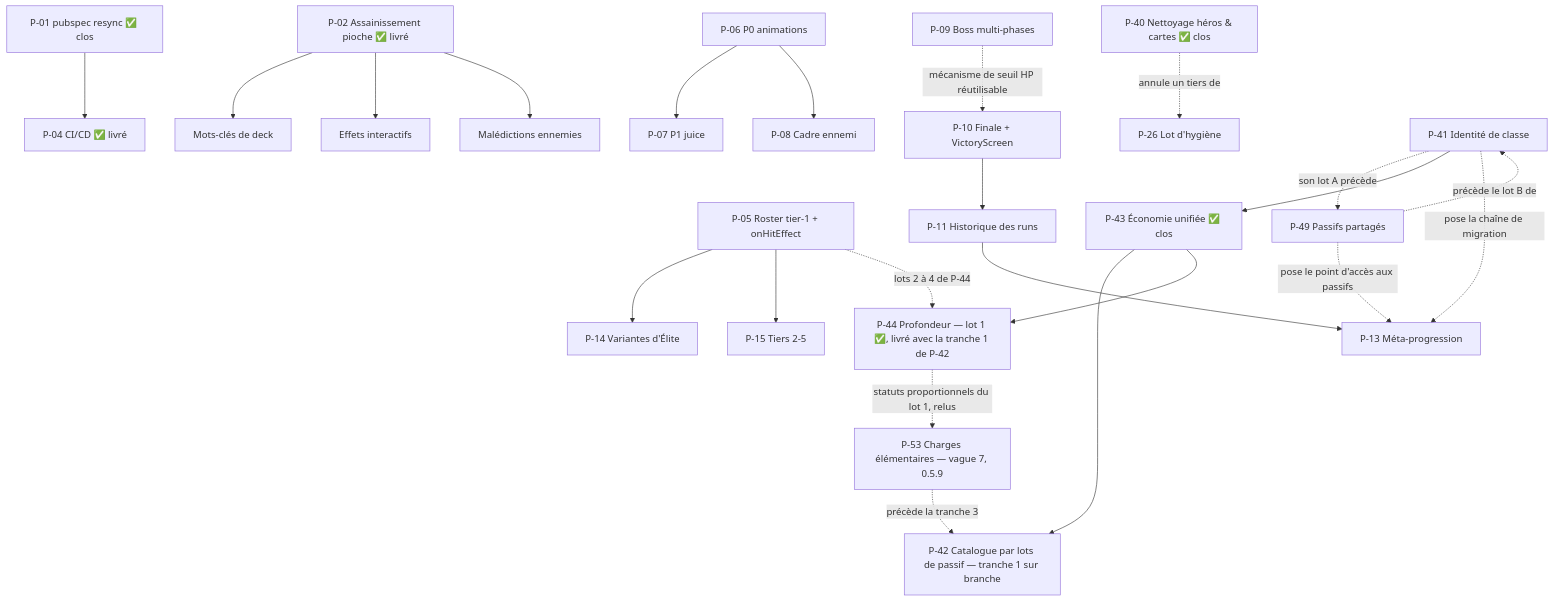
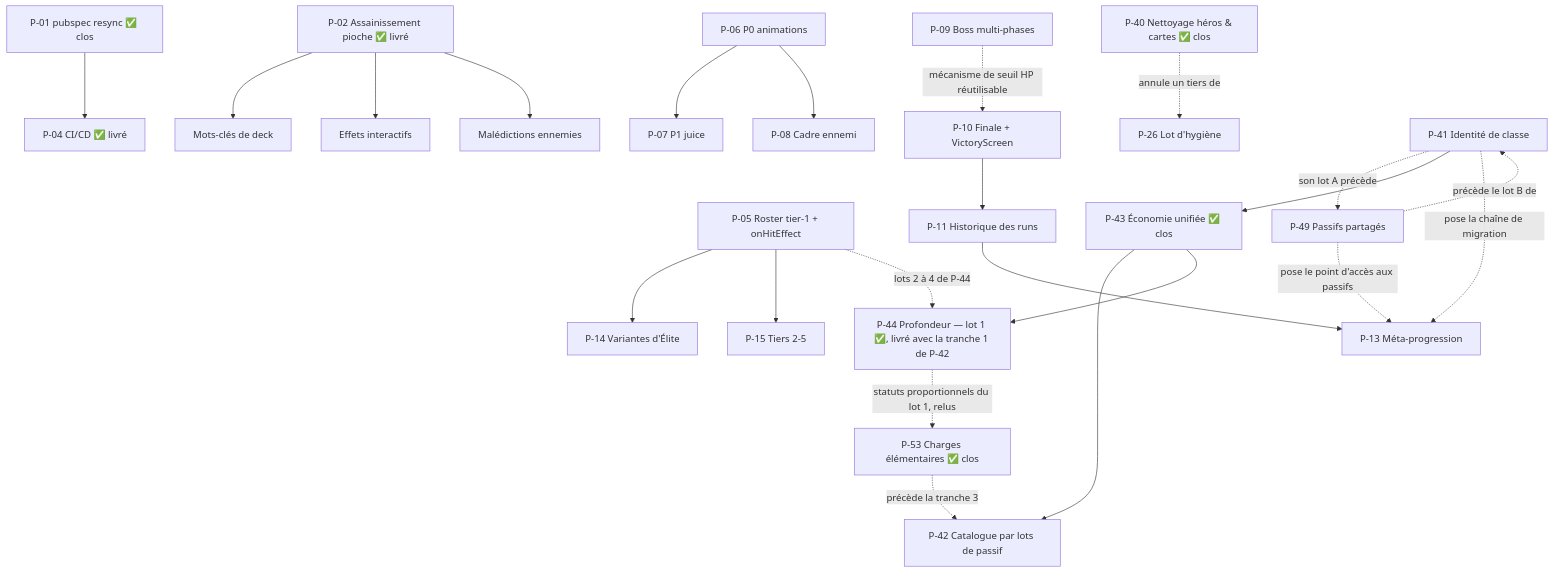
Before and after one commit to Hex-Umbra/hero-s-draft: the second of 3 diagrams in docs/ROADMAP.md, drawn with Mermaid. The commit also changed other lines of this file and 46 other files, not shown here.

Commit message:
docs(memoire): vague 7 livree sur branche, ADR-117 les charges elementaires, P-53 clos

````diff
--- a/docs/ROADMAP.md
+++ b/docs/ROADMAP.md
@@ -57,25 +57,25 @@
 ```mermaid
 graph TD
     P01["P-01 pubspec resync ✅ clos"] --> P04["P-04 CI/CD ✅ livré"]
     P02["P-02 Assainissement pioche ✅ livré"] --> B18[Mots-clés de deck]
     P02 --> B19[Effets interactifs]
     P02 --> B20[Malédictions ennemies]
     P05[P-05 Roster tier-1 + onHitEffect] --> P14[P-14 Variantes d'Élite]
     P05 --> P15[P-15 Tiers 2-5]
     P06[P-06 P0 animations] --> P07[P-07 P1 juice]
     P06 --> P08[P-08 Cadre ennemi]
     P10[P-10 Finale + VictoryScreen] --> P11[P-11 Historique des runs]
     P11 --> P13[P-13 Méta-progression]
     P09[P-09 Boss multi-phases] -.mécanisme de seuil HP réutilisable.-> P10
     P40["P-40 Nettoyage héros & cartes ✅ clos"] -.annule un tiers de.-> P26[P-26 Lot d'hygiène]
     P41[P-41 Identité de classe] -.son lot A précède.-> P49[P-49 Passifs partagés]
     P49 -.précède le lot B de.-> P41
     P41 --> P43["P-43 Économie unifiée ✅ clos"]
-    P43 --> P42["P-42 Catalogue par lots de passif — tranche 1 sur branche"]
+    P43 --> P42["P-42 Catalogue par lots de passif"]
     P43 --> P44["P-44 Profondeur — lot 1 ✅, livré avec la tranche 1 de P-42"]
-    P44 -.statuts proportionnels du lot 1, relus.-> P53["P-53 Charges élémentaires — vague 7, 0.5.9"]
+    P44 -.statuts proportionnels du lot 1, relus.-> P53["P-53 Charges élémentaires ✅ clos"]
     P53 -.précède la tranche 3.-> P42
     P05 -.lots 2 à 4 de P-44.-> P44
     P49 -.pose le point d'accès aux passifs.-> P13
     P41 -.pose la chaîne de migration.-> P13
 ```
````
